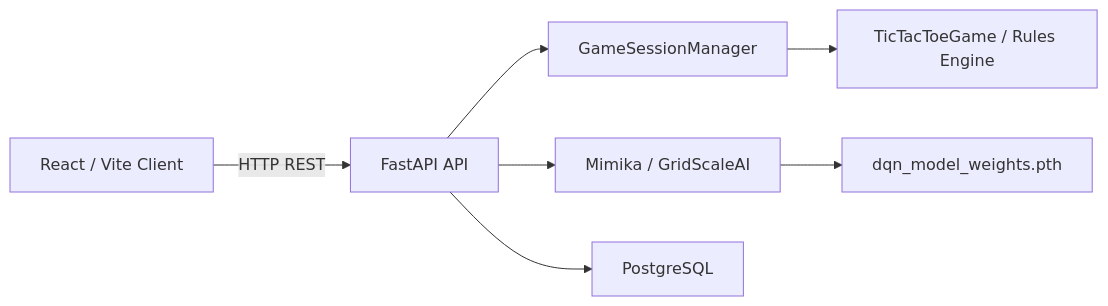
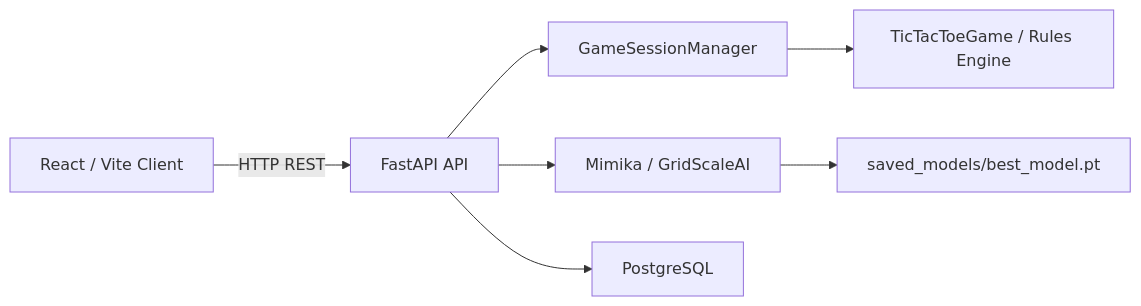
Before and after one commit to Etrlnx/HexTacTic: the diagram in README.md, drawn with Mermaid. The commit also changed other lines of this file and 21 other files, not shown here.

First line of the commit message:
Fix Mimika training/eval, promote benchmarked best model, add local Postgres

````diff
--- a/README.md
+++ b/README.md
@@ -14,9 +14,9 @@
 ```mermaid
 flowchart LR
     Client["React / Vite Client"] -->|HTTP REST| API["FastAPI API"]
     API --> Sessions["GameSessionManager"]
     Sessions --> Rules["TicTacToeGame / Rules Engine"]
     API --> AI["Mimika / GridScaleAI"]
     API --> DB["PostgreSQL"]
-    AI --> Weights["dqn_model_weights.pth"]
+    AI --> Weights["saved_models/best_model.pt"]
 ```
````
